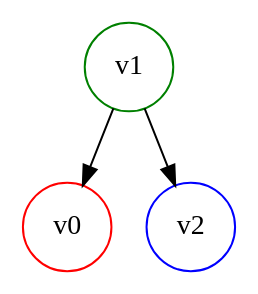
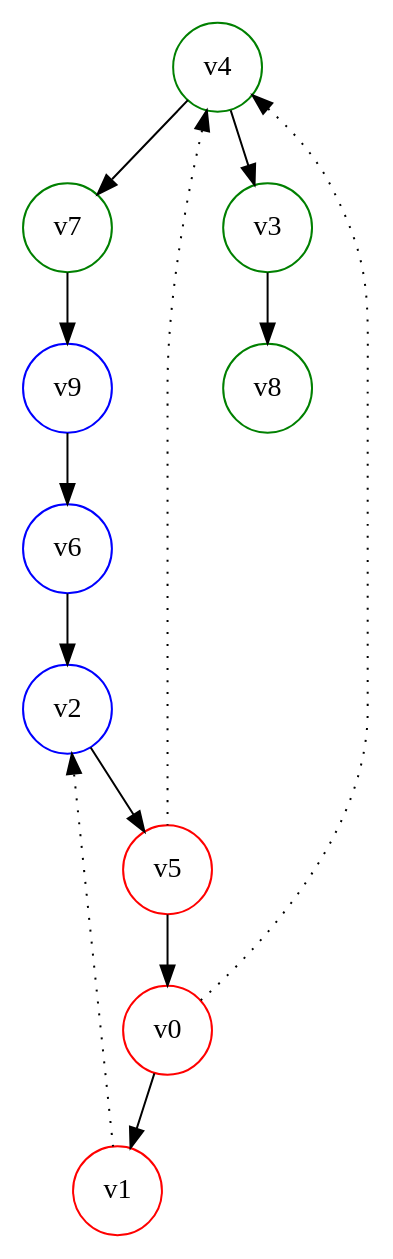
Before and after one commit to Zac-McDonald/IntelligentSystems-DCOP-Solver: the diagram in DFSTreeGraph.dot, drawn with Graphviz. The commit also changed 3 other files, not shown here.

```diff
--- a/DFSTreeGraph.dot
+++ b/DFSTreeGraph.dot
@@ -1,16 +1,33 @@
 digraph tree
 {
 	fontsize = 12
 	rankdir = TB
 
 	graph [  ];
 	node [ shape = circle ];
 	edge [ arrowhead = normal ];
 
+	v6 [ color = blue]
+	v7 [ color = green]
+	v8 [ color = green]
+	v9 [ color = blue]
 	v0 [ color = red]
-	v1 [ color = green]
+	v1 [ color = red]
 	v2 [ color = blue]
+	v3 [ color = green]
+	v4 [ color = green]
+	v5 [ color = red]
 
-	v1 -> v0 [ ]
-	v1 -> v2 [ ]
+	v2 -> v5 [ ]
+	v0 -> v1 [ ]
+	v6 -> v2 [ ]
+	v4 -> v7 [ ]
+	v9 -> v6 [ ]
+	v3 -> v8 [ ]
+	v5 -> v0 [ ]
+	v7 -> v9 [ ]
+	v4 -> v0 [ style = dotted, arrowhead = none, dir=back]
+	v2 -> v1 [ style = dotted, arrowhead = none, dir=back]
+	v4 -> v3 [ ]
+	v4 -> v5 [ style = dotted, arrowhead = none, dir=back]
 }
```
